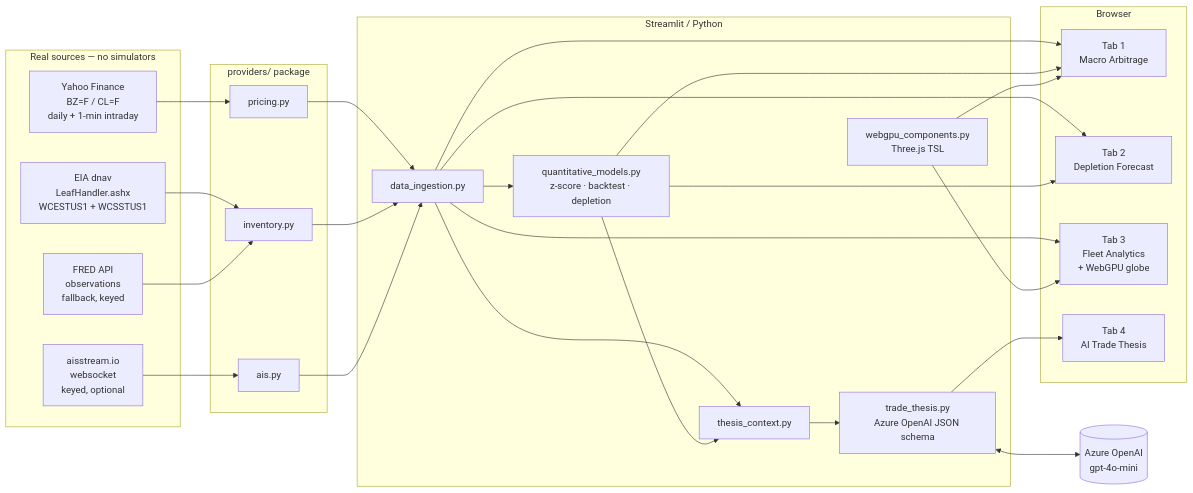
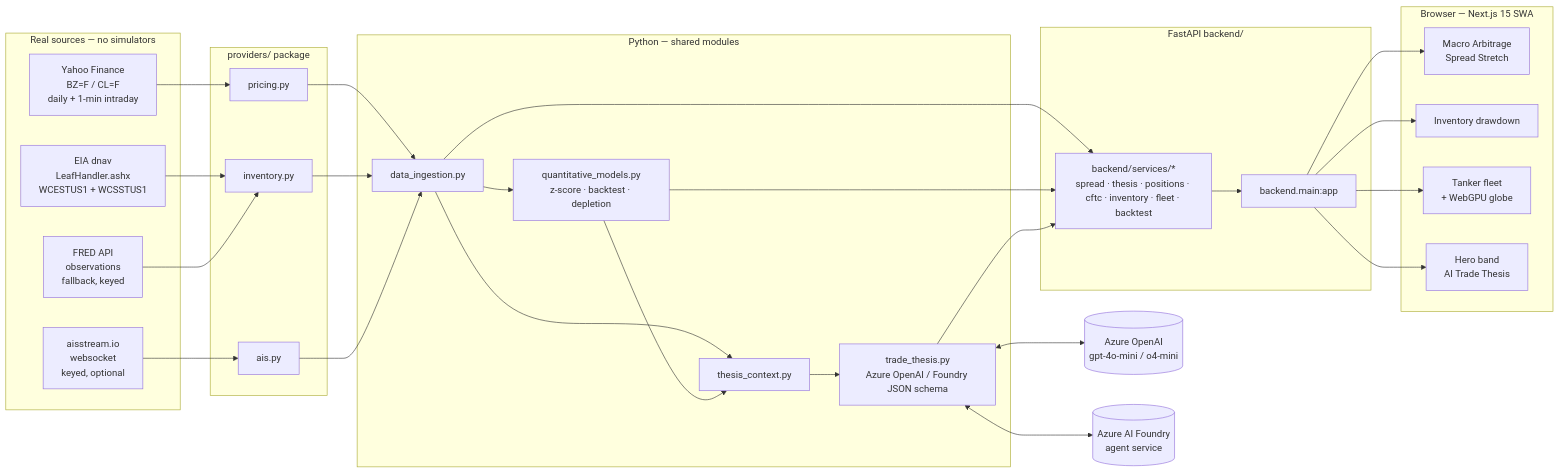
One commit to Aidan2111/macro-oil-terminal changed the first of 2 diagrams in docs/architecture.md. Above: the diagram before and after it, drawn with Mermaid. The commit also changed other lines of this file and 28 other files, not shown here.

````diff
--- a/docs/architecture.md
+++ b/docs/architecture.md
@@ -5,53 +5,59 @@
 ```mermaid
 flowchart LR
     subgraph Sources[Real sources — no simulators]
       YF[Yahoo Finance<br/>BZ=F / CL=F<br/>daily + 1-min intraday]
       EIA[EIA dnav<br/>LeafHandler.ashx<br/>WCESTUS1 + WCSSTUS1]
       FRED[FRED API<br/>observations<br/>fallback, keyed]
       AIS[aisstream.io<br/>websocket<br/>keyed, optional]
     end
 
     subgraph Providers[providers/ package]
       PP[pricing.py]
       PI[inventory.py]
       PA[ais.py]
     end
 
-    subgraph Compute[Streamlit / Python]
+    subgraph Compute[Python — shared modules]
       DI[data_ingestion.py]
       QM[quantitative_models.py<br/>z-score · backtest · depletion]
       TC[thesis_context.py]
-      TT[trade_thesis.py<br/>Azure OpenAI JSON schema]
-      WG[webgpu_components.py<br/>Three.js TSL]
+      TT[trade_thesis.py<br/>Azure OpenAI / Foundry JSON schema]
     end
 
-    subgraph UI[Browser]
-      T1[Tab 1<br/>Macro Arbitrage]
-      T2[Tab 2<br/>Depletion Forecast]
-      T3[Tab 3<br/>Fleet Analytics<br/>+ WebGPU globe]
-      T4[Tab 4<br/>AI Trade Thesis]
+    subgraph Backend[FastAPI backend/]
+      MAIN[backend.main:app]
+      SVC[backend/services/*<br/>spread · thesis · positions · cftc · inventory · fleet · backtest]
     end
 
-    AOAI[(Azure OpenAI<br/>gpt-4o-mini)]
+    subgraph UI[Browser — Next.js 15 SWA]
+      F1[Macro Arbitrage<br/>Spread Stretch]
+      F2[Inventory drawdown]
+      F3[Tanker fleet<br/>+ WebGPU globe]
+      F4[Hero band<br/>AI Trade Thesis]
+    end
+
+    AOAI[(Azure OpenAI<br/>gpt-4o-mini / o4-mini)]
+    FOUNDRY[(Azure AI Foundry<br/>agent service)]
 
     YF --> PP
     EIA --> PI
     FRED --> PI
     AIS --> PA
     PP --> DI
     PI --> DI
     PA --> DI
     DI --> QM
     DI --> TC
     QM --> TC
     TC --> TT
     TT <--> AOAI
-    DI --> T1
-    DI --> T2
-    DI --> T3
-    QM --> T1
-    QM --> T2
-    TT --> T4
-    WG --> T3
-    WG --> T1
+    TT <--> FOUNDRY
+    DI --> SVC
+    QM --> SVC
+    TT --> SVC
+    SVC --> MAIN
+    MAIN --> F1
+    MAIN --> F2
+    MAIN --> F3
+    MAIN --> F4
 ```
````
